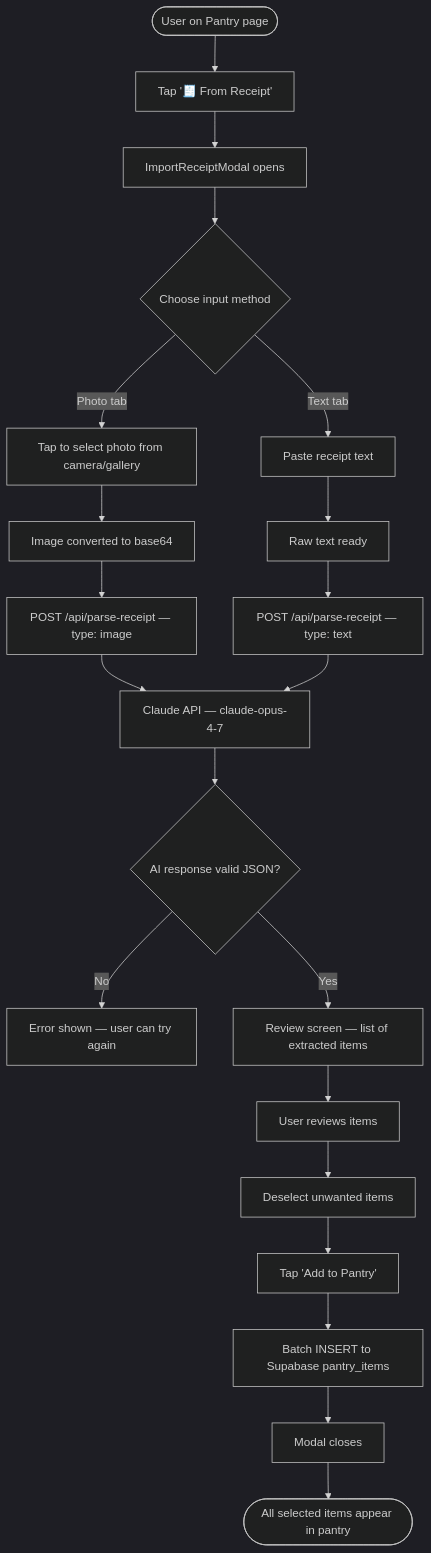
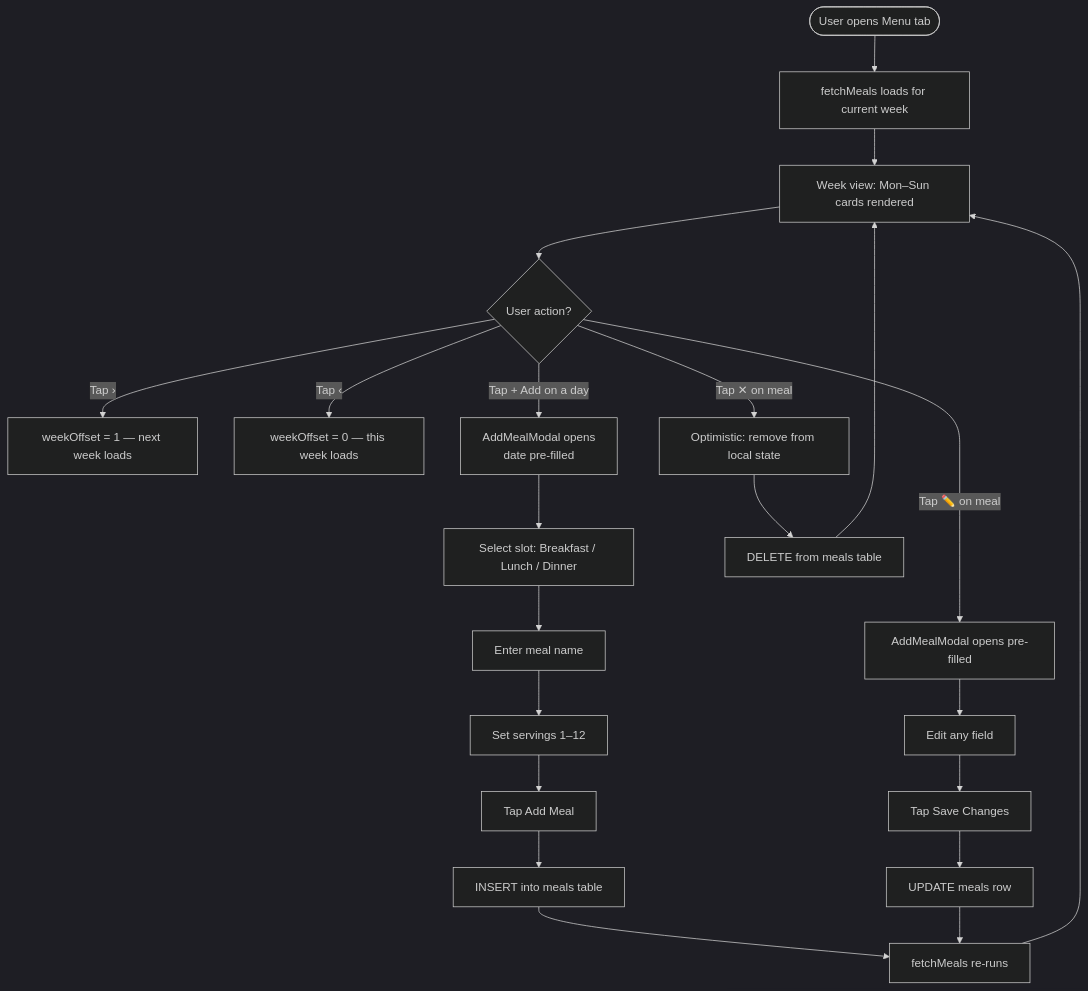
The seventh of 14 diagrams in docs/DIAGRAMS.md (JuliaBulg/family-hub), drawn with Mermaid (dark theme) before and after one commit. The commit also changed other lines of this file and 2 other files, not shown here.

````diff
--- a/docs/DIAGRAMS.md
+++ b/docs/DIAGRAMS.md
@@ -255,29 +239,29 @@
 ```mermaid
 flowchart TD
-    A([User on Pantry page]) --> B[Tap '🧾 From Receipt']
-    B --> C[ImportReceiptModal opens]
-    C --> D{Choose input method}
+    A([User opens Menu tab]) --> B[fetchMeals loads for current week]
+    B --> C[Week view: Mon–Sun cards rendered]
 
-    D -->|Photo tab| E[Tap to select photo from camera/gallery]
-    D -->|Text tab| F[Paste receipt text]
+    C --> D{User action?}
 
-    E --> G[Image converted to base64]
-    F --> H[Raw text ready]
+    D -->|Tap › | E[weekOffset = 1 — next week loads]
+    D -->|Tap ‹ | F[weekOffset = 0 — this week loads]
 
-    G --> I[POST /api/parse-receipt — type: image]
-    H --> I2[POST /api/parse-receipt — type: text]
+    D -->|Tap + Add on a day| G[AddMealModal opens<br/>date pre-filled]
+    G --> H[Select slot: Breakfast / Lunch / Dinner]
+    H --> I[Enter meal name]
+    I --> J[Set servings 1–12]
+    J --> K[Tap Add Meal]
+    K --> L[INSERT into meals table]
+    L --> M[fetchMeals re-runs]
+    M --> C
 
-    I --> J[Claude API — claude-opus-4-7]
-    I2 --> J
+    D -->|Tap ✏️ on meal| N[AddMealModal opens pre-filled]
+    N --> O[Edit any field]
+    O --> P[Tap Save Changes]
+    P --> Q[UPDATE meals row]
+    Q --> M
 
-    J --> K{AI response valid JSON?}
-    K -->|No| L[Error shown — user can try again]
-    K -->|Yes| M[Review screen — list of extracted items]
-
-    M --> N[User reviews items]
-    N --> O[Deselect unwanted items]
-    O --> R[Tap 'Add to Pantry']
-    R --> S[Batch INSERT to Supabase pantry_items]
-    S --> T[Modal closes]
-    T --> U([All selected items appear in pantry])
+    D -->|Tap ✕ on meal| R[Optimistic: remove from local state]
+    R --> S[DELETE from meals table]
+    S --> C
 ```
````
